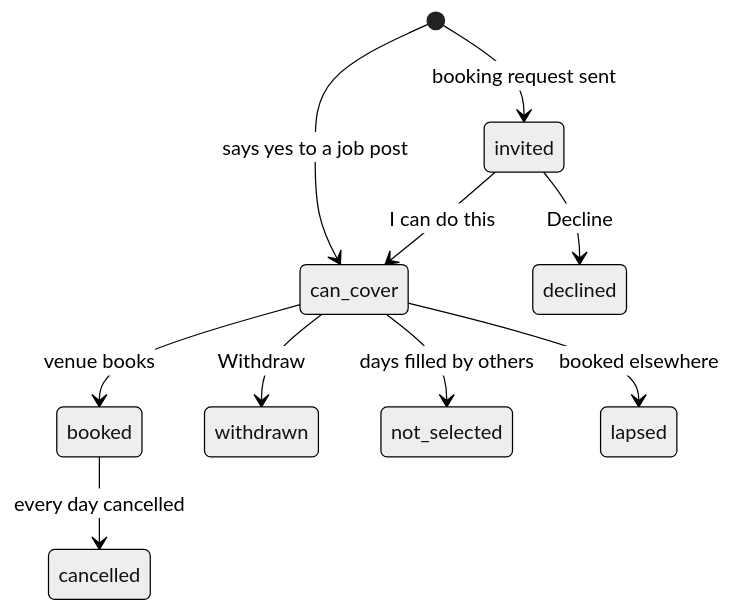
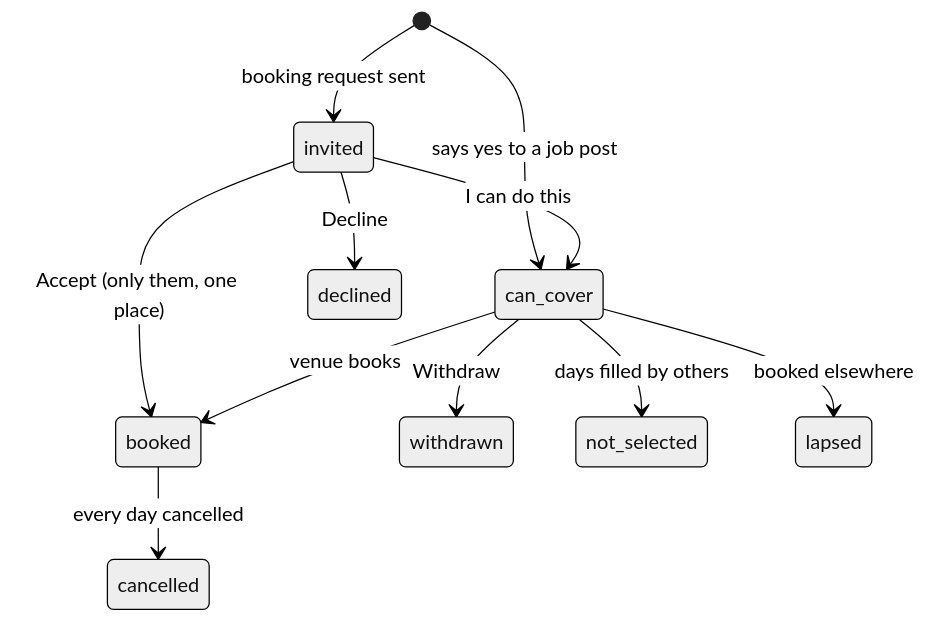
Before and after one commit to Envo-Entity/dyuknow: the second of 2 diagrams in docs/mvp-user-flow.md, drawn with Mermaid (neutral theme). The commit also changed other lines of this file and 14 other files, not shown here.

````diff
--- a/docs/mvp-user-flow.md
+++ b/docs/mvp-user-flow.md
@@ -119,12 +123,13 @@
 ```mermaid
 stateDiagram-v2
     [*] --> invited: booking request sent
     [*] --> can_cover: says yes to a job post
     invited --> can_cover: I can do this
+    invited --> booked: Accept (only them, one place)
     invited --> declined: Decline
     can_cover --> booked: venue books
     can_cover --> withdrawn: Withdraw
     can_cover --> not_selected: days filled by others
     can_cover --> lapsed: booked elsewhere
     booked --> cancelled: every day cancelled
 ```
````
